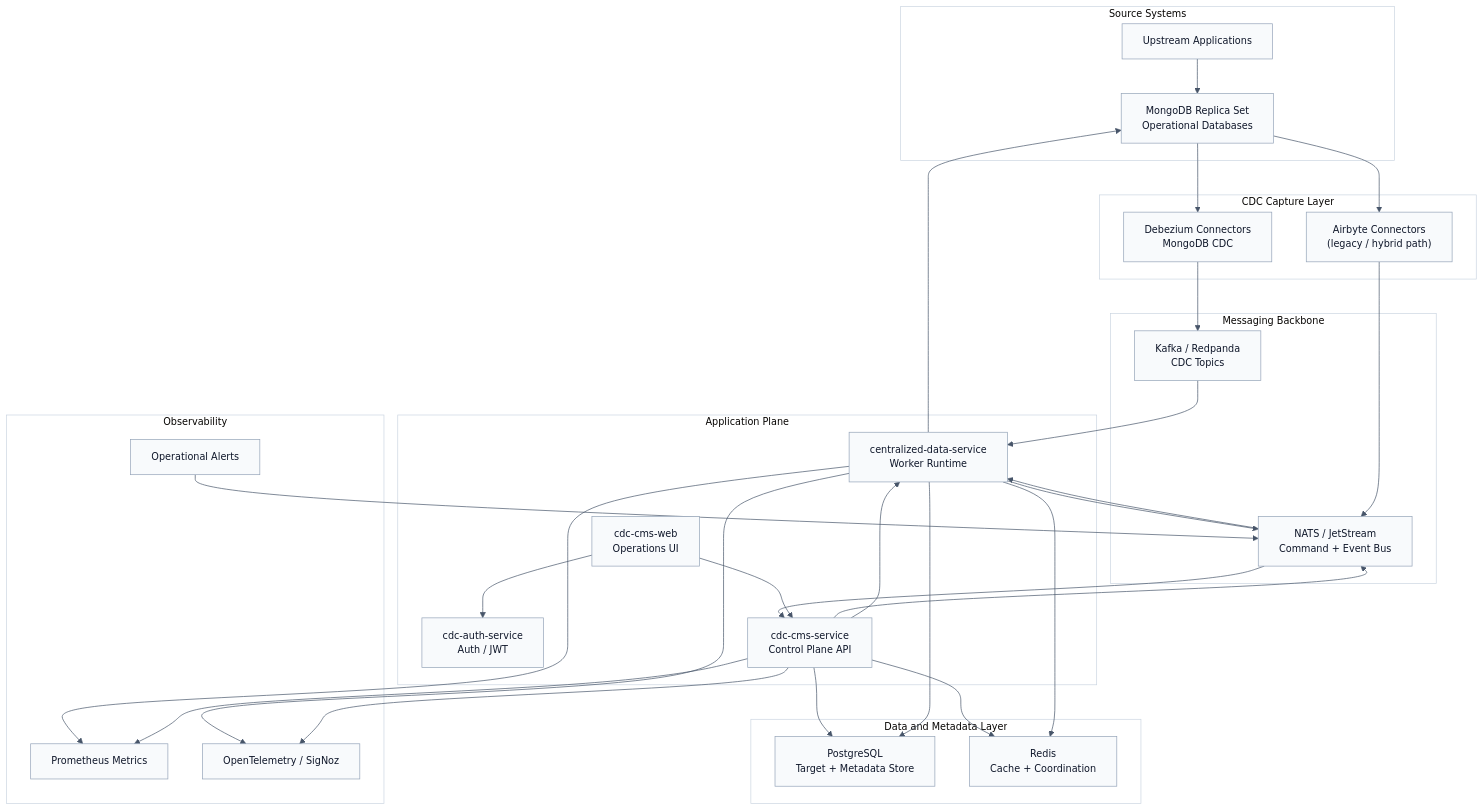
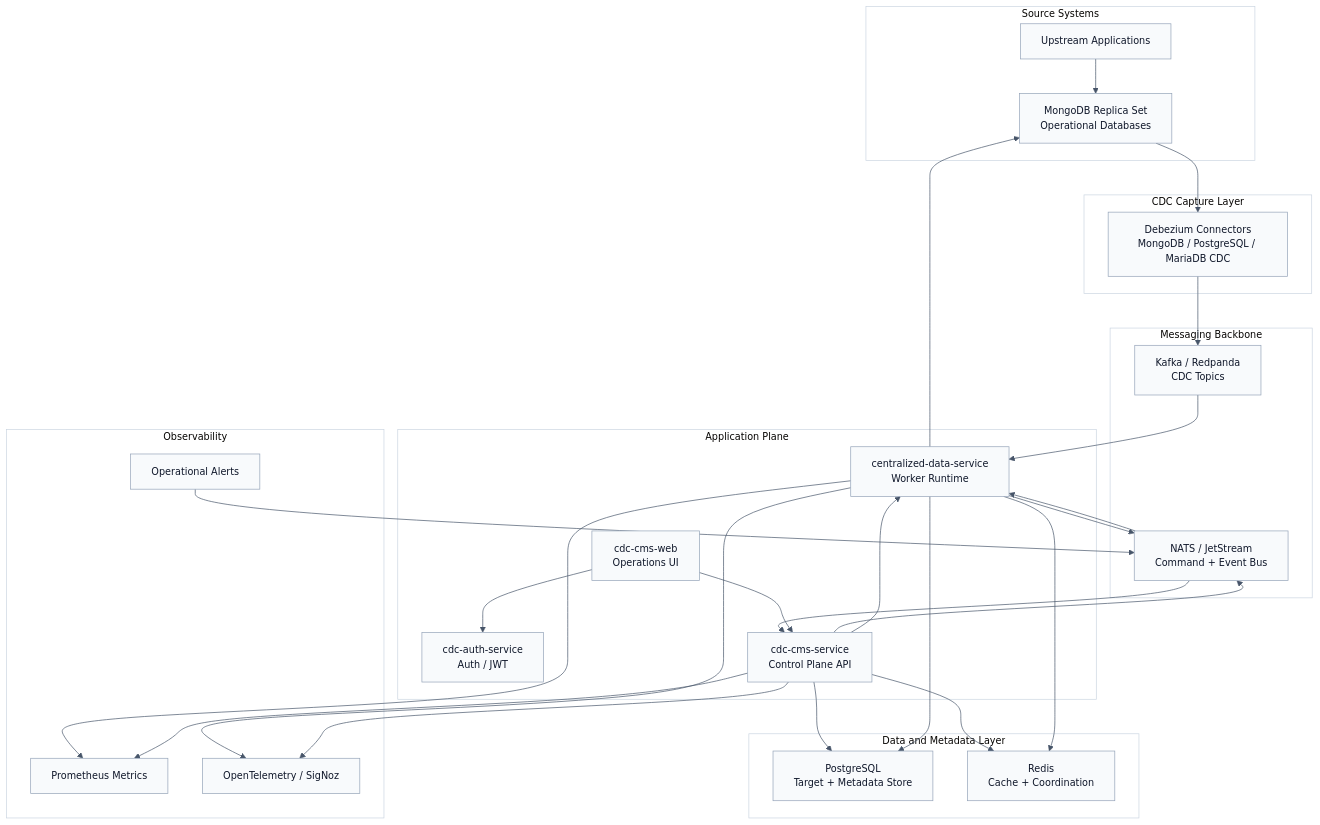
The first of 11 diagrams in architecture.md (tkgg002/cdc-system), drawn with Mermaid before and after one commit. The commit also changed 535 other files, not shown here.

````diff
--- a/architecture.md
+++ b/architecture.md
@@ -42,78 +42,75 @@
 ```mermaid
 %%{init: {'theme': 'base', 'themeVariables': {
   'background': '#ffffff',
   'primaryColor': '#f8fafc',
   'primaryTextColor': '#0f172a',
   'primaryBorderColor': '#94a3b8',
   'lineColor': '#475569',
   'secondaryColor': '#eef2ff',
   'tertiaryColor': '#f8fafc',
   'clusterBkg': '#ffffff',
   'clusterBorder': '#cbd5e1',
   'fontFamily': 'Inter, Segoe UI, Arial, sans-serif',
   'fontSize': '14px'
 }}}%%
 flowchart TB
     subgraph SRC["Source Systems"]
         APPS["Upstream Applications"]
         MDB["MongoDB Replica Set<br/>Operational Databases"]
     end
 
     subgraph CDC["CDC Capture Layer"]
-        DBZ["Debezium Connectors<br/>MongoDB CDC"]
-        AIR["Airbyte Connectors<br/>(legacy / hybrid path)"]
+        DBZ["Debezium Connectors<br/>MongoDB / PostgreSQL / MariaDB CDC"]
     end
 
     subgraph BUS["Messaging Backbone"]
         KAFKA["Kafka / Redpanda<br/>CDC Topics"]
         NATS["NATS / JetStream<br/>Command + Event Bus"]
     end
 
     subgraph APP["Application Plane"]
         WEB["cdc-cms-web<br/>Operations UI"]
         AUTH["cdc-auth-service<br/>Auth / JWT"]
         CMS["cdc-cms-service<br/>Control Plane API"]
         WORKER["centralized-data-service<br/>Worker Runtime"]
     end
 
     subgraph DATA["Data and Metadata Layer"]
         PG["PostgreSQL<br/>Target + Metadata Store"]
         REDIS["Redis<br/>Cache + Coordination"]
     end
 
     subgraph OBS["Observability"]
         PROM["Prometheus Metrics"]
         OTEL["OpenTelemetry / SigNoz"]
         ALERT["Operational Alerts"]
     end
 
     APPS --> MDB
     MDB --> DBZ
-    MDB --> AIR
 
     DBZ --> KAFKA
-    AIR --> NATS
 
     KAFKA --> WORKER
     NATS --> WORKER
     NATS --> CMS
 
     WEB --> AUTH
     WEB --> CMS
 
     CMS --> PG
     CMS --> REDIS
     CMS --> NATS
     CMS --> WORKER
 
     WORKER --> PG
     WORKER --> REDIS
     WORKER --> NATS
     WORKER --> MDB
 
     WORKER --> PROM
     WORKER --> OTEL
     CMS --> PROM
     CMS --> OTEL
     ALERT --> NATS
 ```
````
